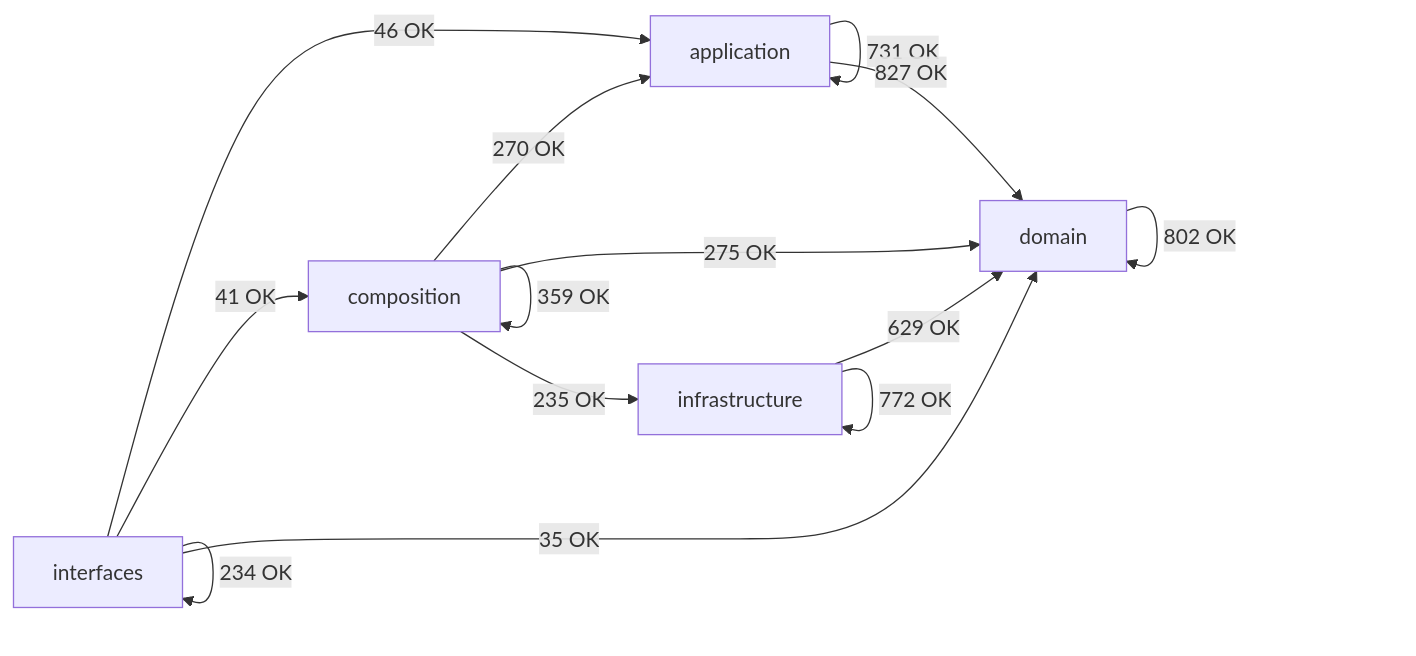
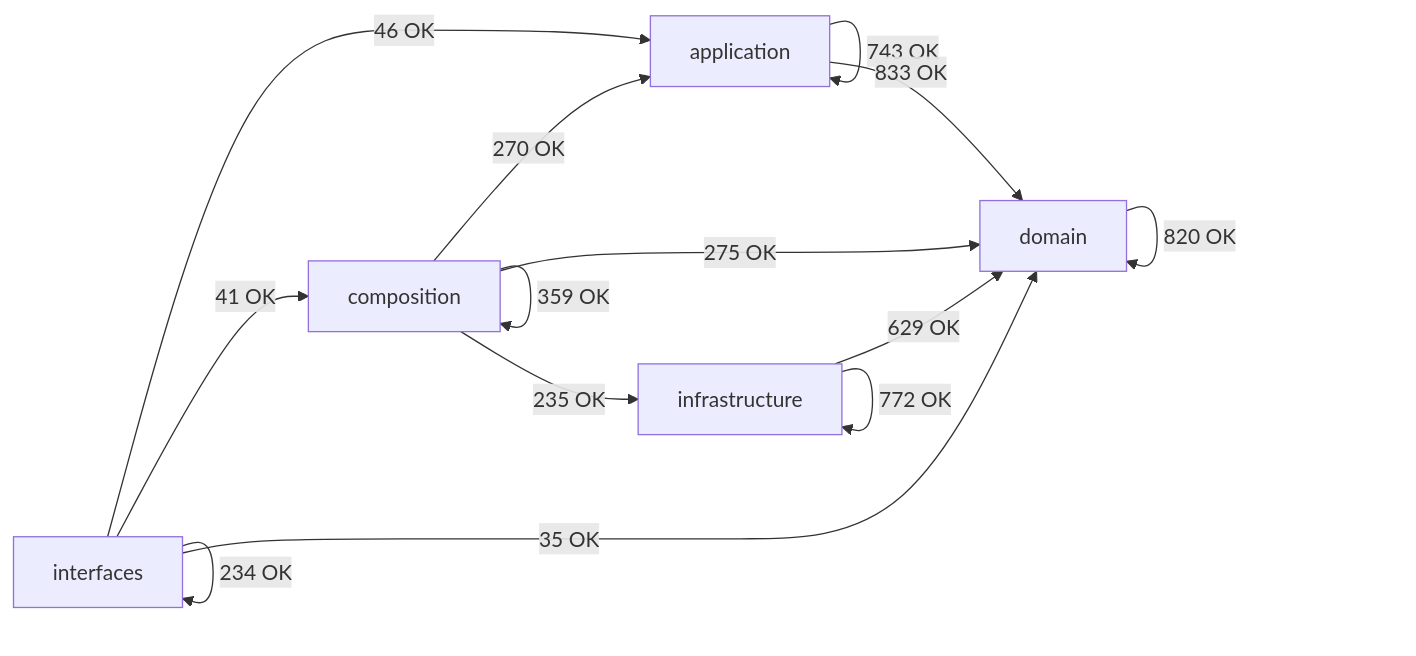
The diagram in docs/02-architecture/generated/module-dependency-map.md (SatoryKono/BioactivityDataAcquisition), drawn with Mermaid before and after one commit. The commit also changed other lines of this file and 128 other files, not shown here.

````diff
--- a/docs/02-architecture/generated/module-dependency-map.md
+++ b/docs/02-architecture/generated/module-dependency-map.md
@@ -27,21 +26,21 @@
 ```mermaid
 flowchart LR
     domain[domain]
     application[application]
     infrastructure[infrastructure]
     composition[composition]
     interfaces[interfaces]
-    application -->|731 OK| application
-    application -->|827 OK| domain
+    application -->|743 OK| application
+    application -->|833 OK| domain
     composition -->|270 OK| application
     composition -->|359 OK| composition
     composition -->|275 OK| domain
     composition -->|235 OK| infrastructure
-    domain -->|802 OK| domain
+    domain -->|820 OK| domain
     infrastructure -->|629 OK| domain
     infrastructure -->|772 OK| infrastructure
     interfaces -->|46 OK| application
     interfaces -->|41 OK| composition
     interfaces -->|35 OK| domain
     interfaces -->|234 OK| interfaces
 ```
````
